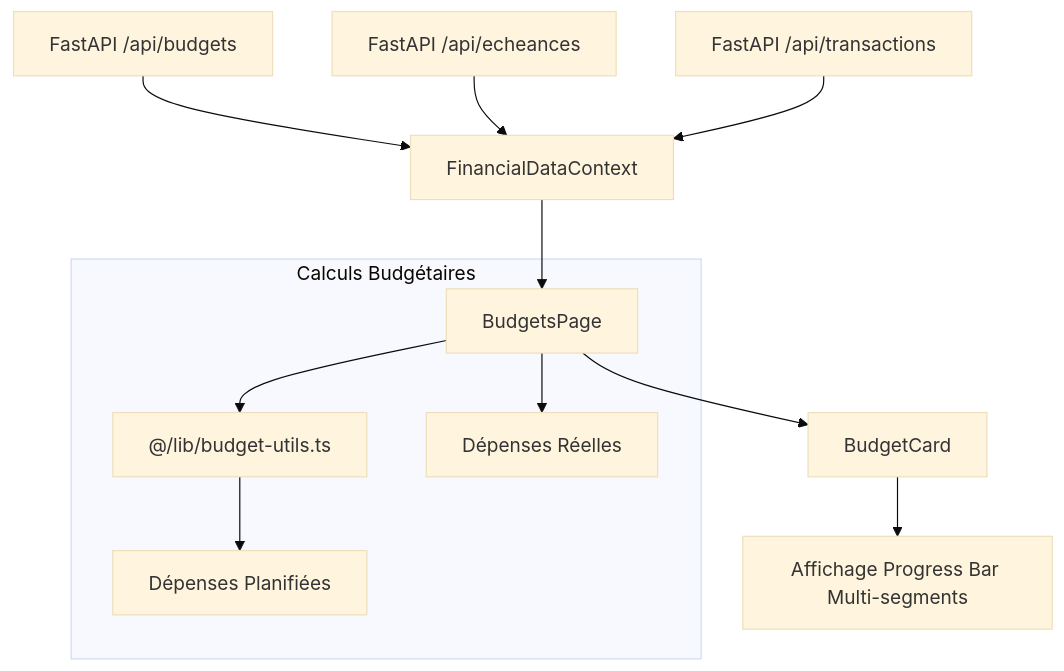
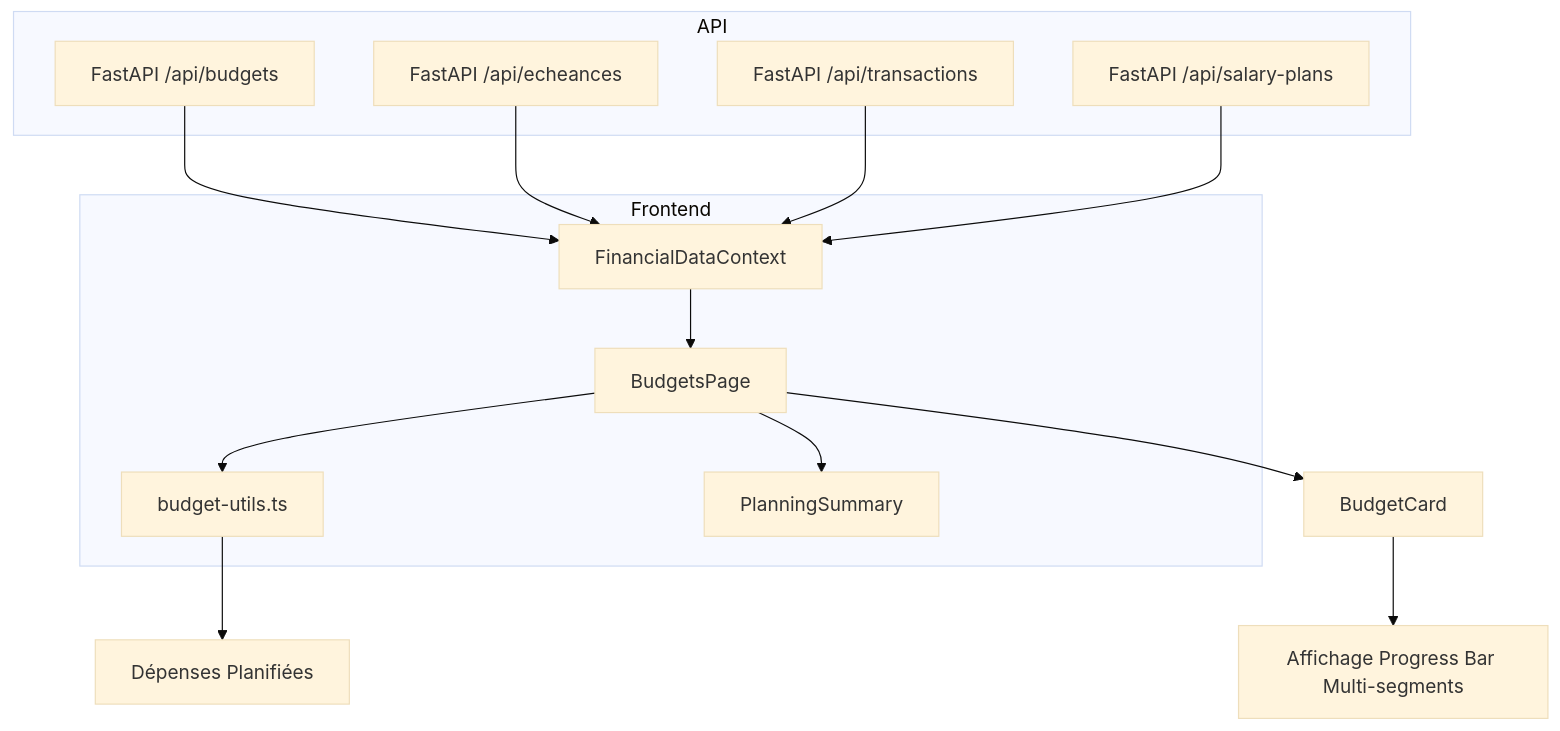
The first of 2 diagrams in frontend/src/app/budgets/LOGIC_FLOW.md (mdjabi2005-commits/gestio-feature), drawn with Mermaid (base theme) before and after one commit. The commit also changed other lines of this file and 4 other files, not shown here.

Commit message:
docs: update LOGIC_FLOW and README files - Add salary plans and strategic balance to budgets - Fix echeances data source (use /api/echeances not /api/dashboard) - Document paid status calculation and inclusion in calculations

````diff
--- a/frontend/src/app/budgets/LOGIC_FLOW.md
+++ b/frontend/src/app/budgets/LOGIC_FLOW.md
@@ -7,17 +24,29 @@
 ```mermaid
 graph TD
-    API[FastAPI /api/budgets] --> Context[FinancialDataContext]
-    ECH[FastAPI /api/echeances] --> Context
-    TXS[FastAPI /api/transactions] --> Context
+    subgraph API
+        BUD[FastAPI /api/budgets]
+        ECH[FastAPI /api/echeances]
+        TXS[FastAPI /api/transactions]
+        SAL[FastAPI /api/salary-plans]
+    end
     
-    Context --> Page[BudgetsPage]
+    subgraph Frontend
+        Context[FinancialDataContext]
+        Page[BudgetsPage]
+        Utils["budget-utils.ts"]
+        Summary[PlanningSummary]
+    end
+
+    BUD --> Context
+    ECH --> Context
+    TXS --> Context
+    SAL --> Context
     
-    subgraph Calculs Budgétaires
-        Page --> Utils["@/lib/budget-utils.ts"]
-        Utils --> Planned[Dépenses Planifiées]
-        Page --> Actual[Dépenses Réelles]
-    end
+    Context --> Page
+    Page --> Utils
+    Utils --> Planned[Dépenses Planifiées]
+    Page --> Summary
     
     Page --> Card[BudgetCard]
     Card --> UI[Affichage Progress Bar Multi-segments]
 ```
````
